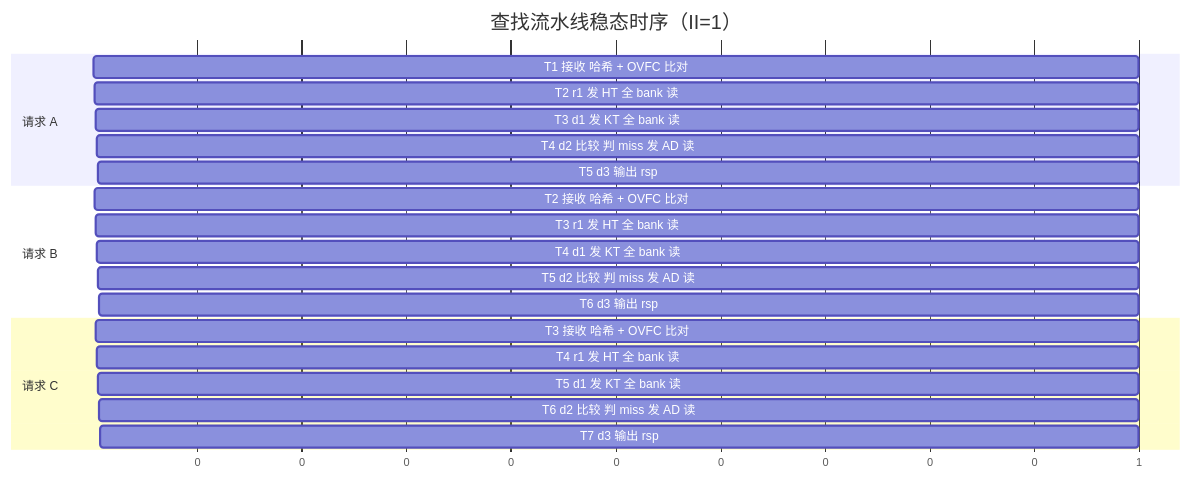
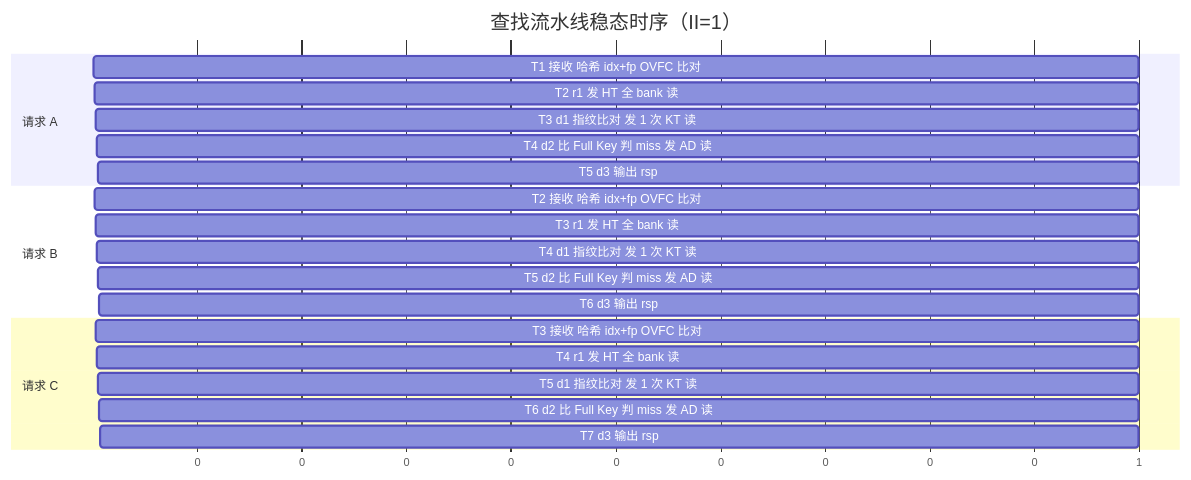
The third of 8 diagrams in docs/BaseCbb_设计文档/14_em.md (RuyeeAI/HardwareDesign), drawn with Mermaid before and after one commit. The commit also changed other lines of this file and 4 other files, not shown here.

````diff
--- a/docs/BaseCbb_设计文档/14_em.md
+++ b/docs/BaseCbb_设计文档/14_em.md
@@ -217,24 +236,24 @@
 ```mermaid
 gantt
     title 查找流水线稳态时序（II=1）
     dateFormat X
     axisFormat %s
     section 请求 A
-    T1 接收 哈希 + OVFC 比对 :1, 1
-    T2 r1 发 HT 全 bank 读   :2, 1
-    T3 d1 发 KT 全 bank 读   :3, 1
-    T4 d2 比较 判 miss 发 AD 读 :4, 1
-    T5 d3 输出 rsp           :5, 1
+    T1 接收 哈希 idx+fp OVFC 比对 :1, 1
+    T2 r1 发 HT 全 bank 读        :2, 1
+    T3 d1 指纹比对 发 1 次 KT 读  :3, 1
+    T4 d2 比 Full Key 判 miss 发 AD 读 :4, 1
+    T5 d3 输出 rsp                :5, 1
     section 请求 B
-    T2 接收 哈希 + OVFC 比对 :2, 1
-    T3 r1 发 HT 全 bank 读   :3, 1
-    T4 d1 发 KT 全 bank 读   :4, 1
-    T5 d2 比较 判 miss 发 AD 读 :5, 1
-    T6 d3 输出 rsp           :6, 1
+    T2 接收 哈希 idx+fp OVFC 比对 :2, 1
+    T3 r1 发 HT 全 bank 读        :3, 1
+    T4 d1 指纹比对 发 1 次 KT 读  :4, 1
+    T5 d2 比 Full Key 判 miss 发 AD 读 :5, 1
+    T6 d3 输出 rsp                :6, 1
     section 请求 C
-    T3 接收 哈希 + OVFC 比对 :3, 1
-    T4 r1 发 HT 全 bank 读   :4, 1
-    T5 d1 发 KT 全 bank 读   :5, 1
-    T6 d2 比较 判 miss 发 AD 读 :6, 1
-    T7 d3 输出 rsp           :7, 1
+    T3 接收 哈希 idx+fp OVFC 比对 :3, 1
+    T4 r1 发 HT 全 bank 读        :4, 1
+    T5 d1 指纹比对 发 1 次 KT 读  :5, 1
+    T6 d2 比 Full Key 判 miss 发 AD 读 :6, 1
+    T7 d3 输出 rsp                :7, 1
 ```
````
